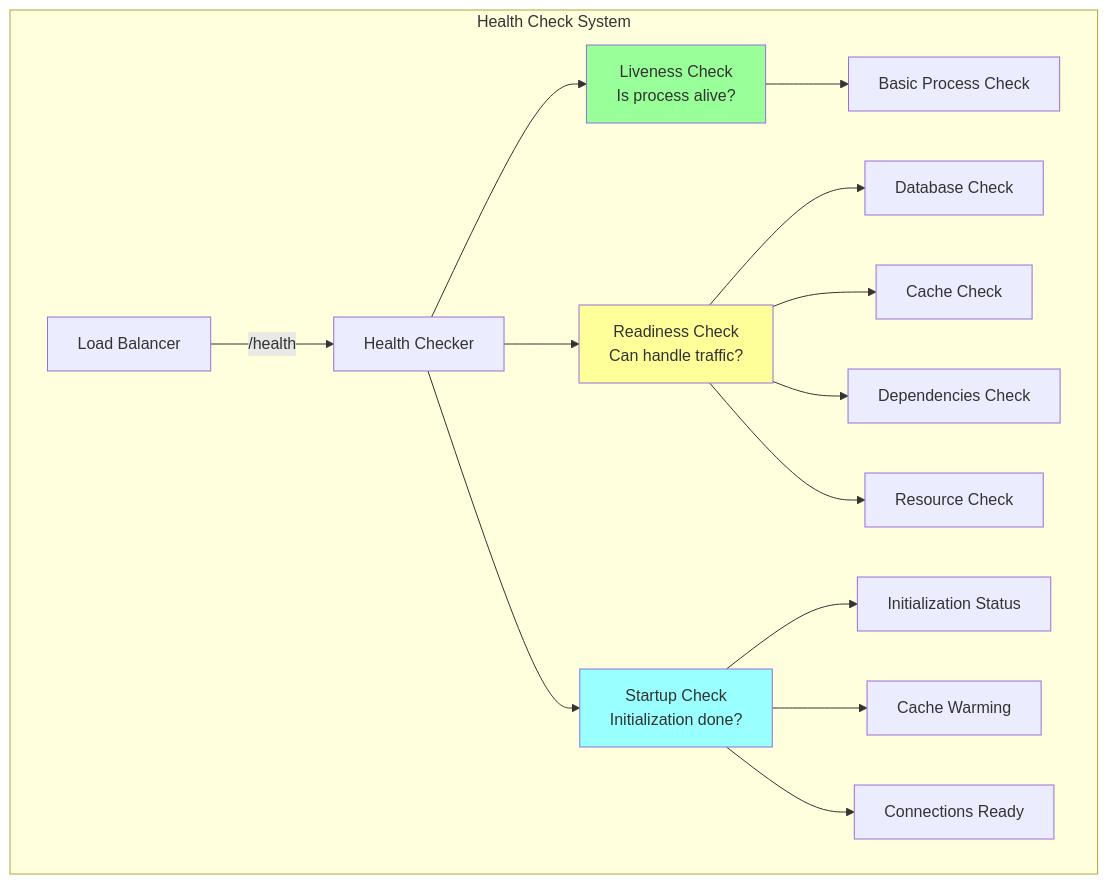
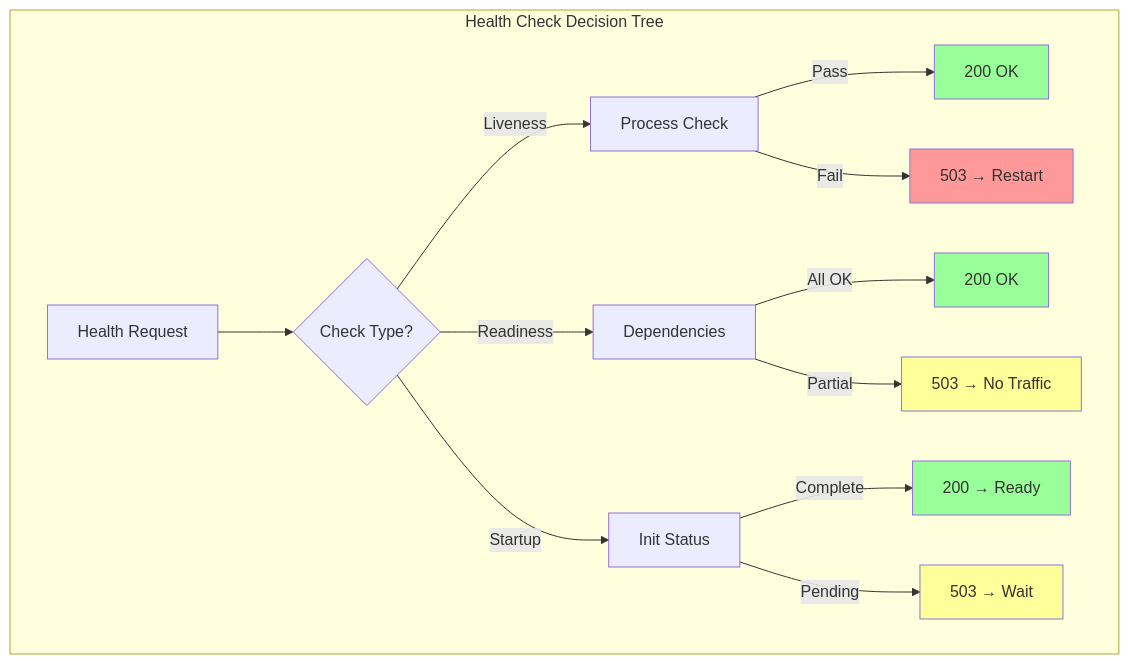
One commit to deepaucksharma/DStudio changed the first of 3 diagrams in docs/patterns/health-check.md. Above: the diagram before and after it, drawn with Mermaid. The commit also changed other lines of this file and 86 other files, not shown here.

````diff
--- a/docs/patterns/health-check.md
+++ b/docs/patterns/health-check.md
@@ -70,25 +48,26 @@
 ```mermaid
-graph TB
-    subgraph "Health Check System"
-        LB[Load Balancer] -->|/health| HC[Health Checker]
+flowchart TD
+    subgraph "Health Check Decision Tree"
+        Request[Health Request] --> Type{Check Type?}
         
-        HC --> Liveness[Liveness Check<br/>Is process alive?]
-        HC --> Readiness[Readiness Check<br/>Can handle traffic?]
-        HC --> Startup[Startup Check<br/>Initialization done?]
+        Type -->|Liveness| L[Process Check]
+        Type -->|Readiness| R[Dependencies]
+        Type -->|Startup| S[Init Status]
         
-        Liveness --> Basic[Basic Process Check]
+        L -->|Pass| L200[200 OK]
+        L -->|Fail| L503[503 → Restart]
         
-        Readiness --> DB[Database Check]
-        Readiness --> Cache[Cache Check]
-        Readiness --> Deps[Dependencies Check]
-        Readiness --> Resources[Resource Check]
+        R -->|All OK| R200[200 OK]
+        R -->|Partial| R503[503 → No Traffic]
         
-        Startup --> Init[Initialization Status]
-        Startup --> Warm[Cache Warming]
-        Startup --> Connect[Connections Ready]
+        S -->|Complete| S200[200 → Ready]
+        S -->|Pending| S503[503 → Wait]
     end
     
-    style Liveness fill:#9f9
-    style Readiness fill:#ff9
-    style Startup fill:#9ff
+    style L200 fill:#9f9
+    style R200 fill:#9f9
+    style S200 fill:#9f9
+    style L503 fill:#f99
+    style R503 fill:#ff9
+    style S503 fill:#ff9
 ```
````
